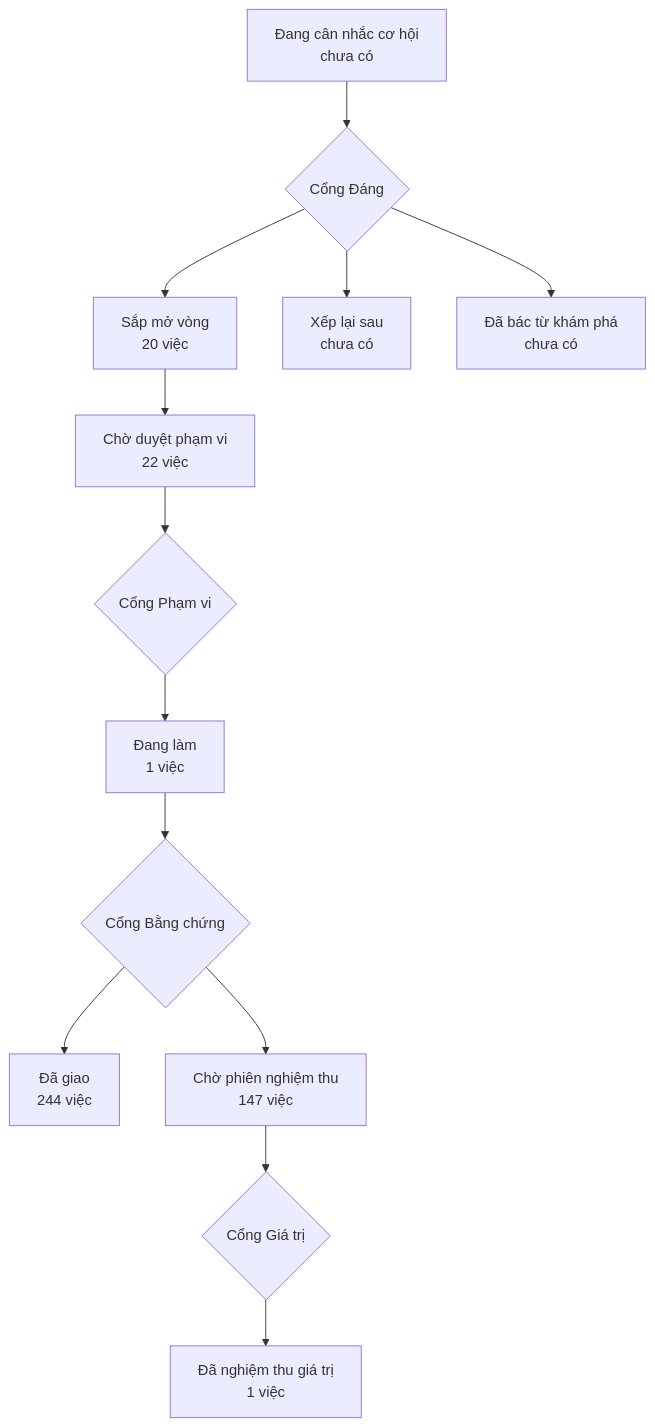
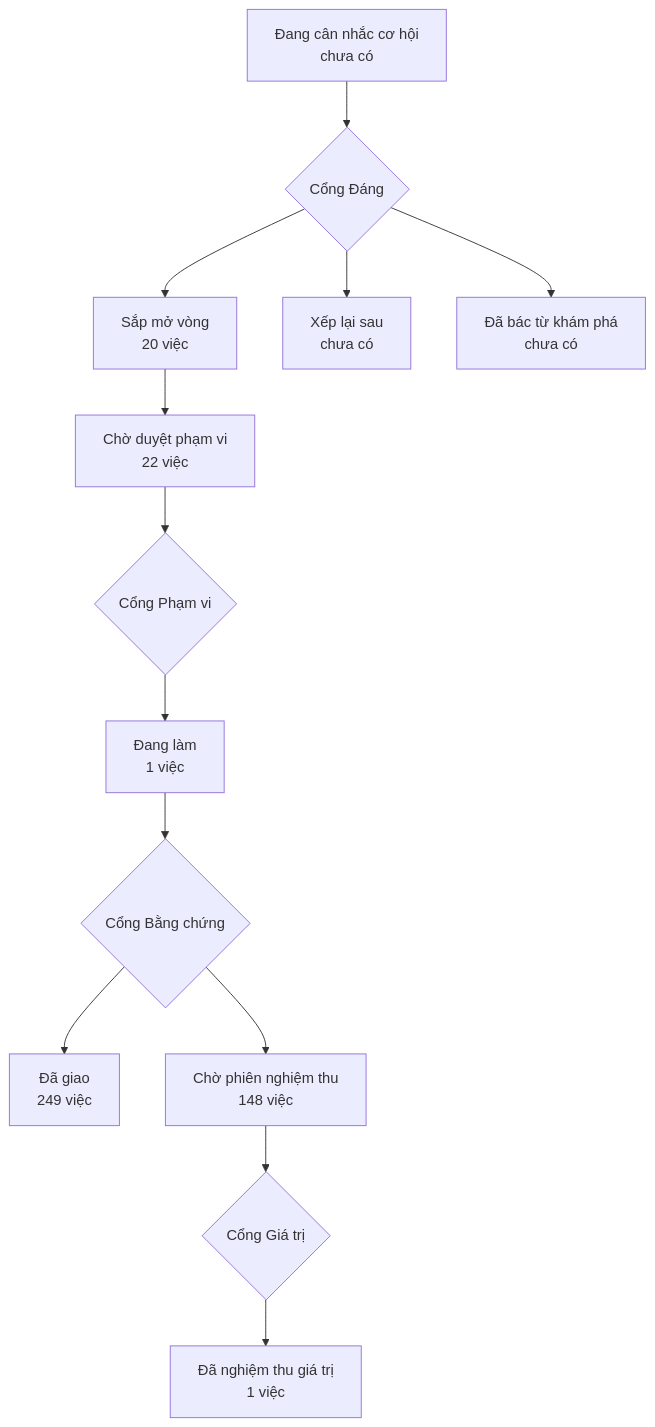
One commit to phanlemanh/onehub-invest changed the diagram in PRODUCT-MAP.md. Above: the diagram before and after it, drawn with Mermaid. The commit also changed other lines of this file and 1 other file, not shown here.

````diff
--- a/PRODUCT-MAP.md
+++ b/PRODUCT-MAP.md
@@ -7,12 +7,12 @@
 ```mermaid
 flowchart TD
   A["Đang cân nhắc cơ hội<br/>chưa có"] --> GD{"Cổng Đáng"}
   GD --> B["Sắp mở vòng<br/>20 việc"]
   GD --> XL["Xếp lại sau<br/>chưa có"]
   GD --> DB["Đã bác từ khám phá<br/>chưa có"]
   B --> CD["Chờ duyệt phạm vi<br/>22 việc"] --> GP{"Cổng Phạm vi"}
   GP --> DL["Đang làm<br/>1 việc"] --> GB{"Cổng Bằng chứng"}
-  GB --> DG["Đã giao<br/>244 việc"]
-  GB --> CN["Chờ phiên nghiệm thu<br/>147 việc"] --> GG{"Cổng Giá trị"}
+  GB --> DG["Đã giao<br/>249 việc"]
+  GB --> CN["Chờ phiên nghiệm thu<br/>148 việc"] --> GG{"Cổng Giá trị"}
   GG --> NT["Đã nghiệm thu giá trị<br/>1 việc"]
 ```
````
